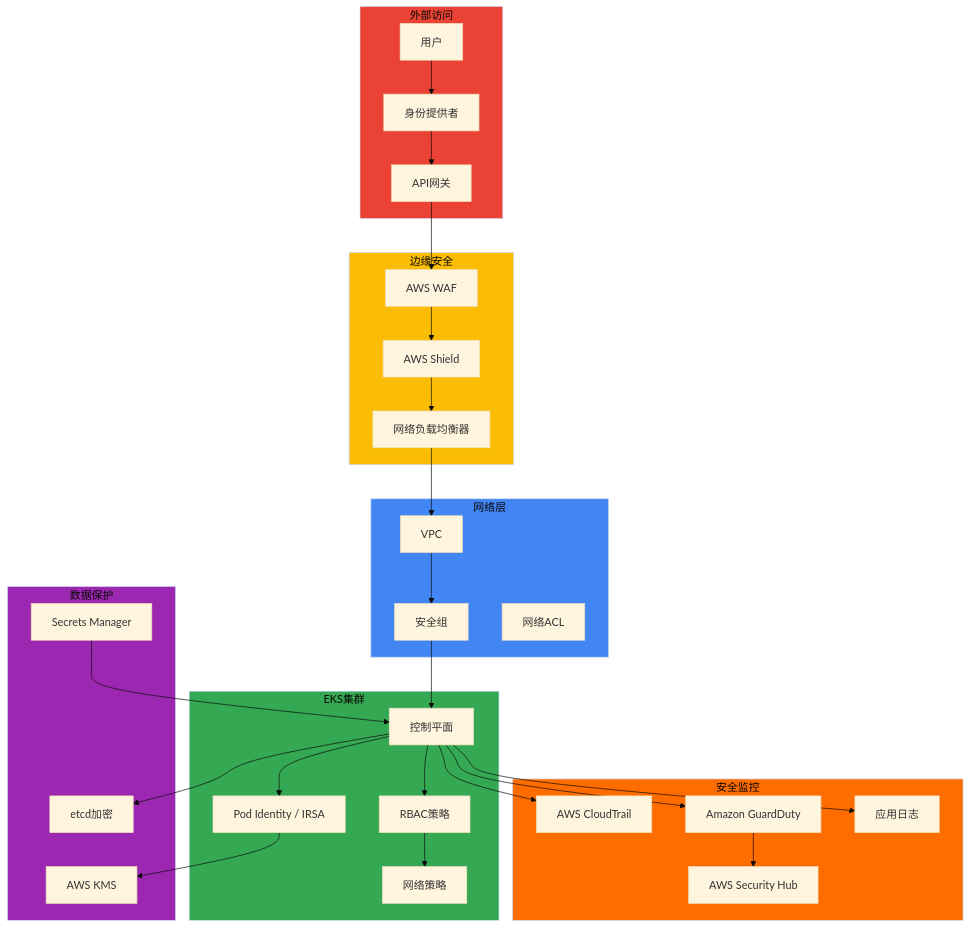
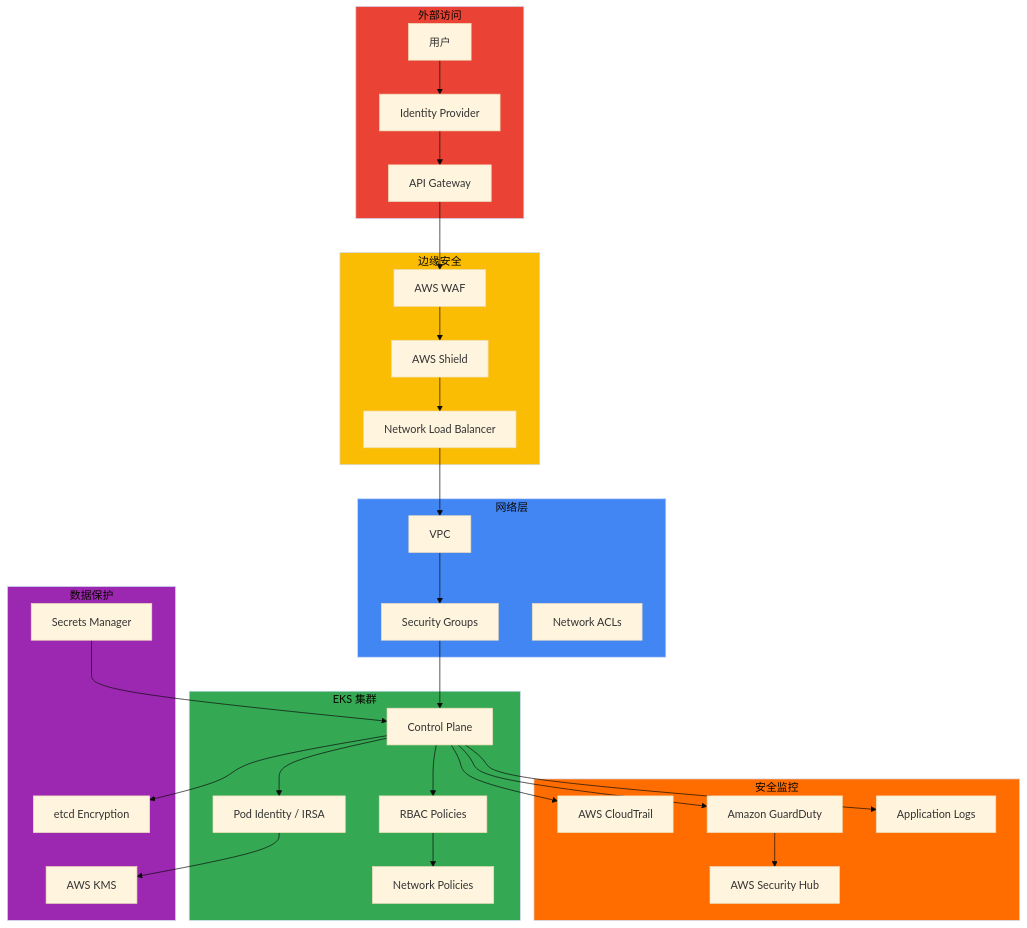
The diagram in i18n/zh/docusaurus-plugin-content-docs/current/security-governance/index.md (devfloor9/engineering-playbook), drawn with Mermaid (base theme) before and after one commit. The commit also changed other lines of this file and 111 other files, not shown here.

````diff
--- a/i18n/zh/docusaurus-plugin-content-docs/current/security-governance/index.md
+++ b/i18n/zh/docusaurus-plugin-content-docs/current/security-governance/index.md
@@ -48,66 +48,66 @@
 ```mermaid
 graph TB
     subgraph External["外部访问"]
         Users["用户"]
-        IdP["身份提供者"]
-        API["API网关"]
+        IdP["Identity Provider"]
+        API["API Gateway"]
     end
-
+    
     subgraph EdgeSecurity["边缘安全"]
         WAF["AWS WAF"]
         Shield["AWS Shield"]
-        NLB["网络负载均衡器"]
+        NLB["Network Load Balancer"]
     end
-
+    
     subgraph Network["网络层"]
         VPC["VPC"]
-        SG["安全组"]
-        NACL["网络ACL"]
+        SG["Security Groups"]
+        NACL["Network ACLs"]
     end
-
-    subgraph EKS["EKS集群"]
-        CP["控制平面"]
-        RBAC["RBAC策略"]
-        NetworkPolicy["网络策略"]
+    
+    subgraph EKS["EKS 集群"]
+        CP["Control Plane"]
+        RBAC["RBAC Policies"]
+        NetworkPolicy["Network Policies"]
         IRSA["Pod Identity / IRSA"]
     end
-
+    
     subgraph DataProtection["数据保护"]
         KMS["AWS KMS"]
         Secrets["Secrets Manager"]
-        Encryption["etcd加密"]
+        Encryption["etcd Encryption"]
     end
-
+    
     subgraph Monitoring["安全监控"]
         CloudTrail["AWS CloudTrail"]
         GuardDuty["Amazon GuardDuty"]
         SecurityHub["AWS Security Hub"]
-        Logs["应用日志"]
+        Logs["Application Logs"]
     end
-
+    
     Users --> IdP
     IdP --> API
     API --> WAF
     WAF --> Shield
     Shield --> NLB
     NLB --> VPC
     VPC --> SG
     SG --> CP
     CP --> RBAC
     RBAC --> NetworkPolicy
     CP --> IRSA
     IRSA --> KMS
     Secrets --> CP
     CP --> Encryption
     CP --> CloudTrail
     CP --> GuardDuty
     GuardDuty --> SecurityHub
     CP --> Logs
-
+    
     style External fill:#ea4335
     style EdgeSecurity fill:#fbbc04
     style Network fill:#4286f4
     style EKS fill:#34a853
     style DataProtection fill:#9c27b0
     style Monitoring fill:#ff6d00
 ```
````
